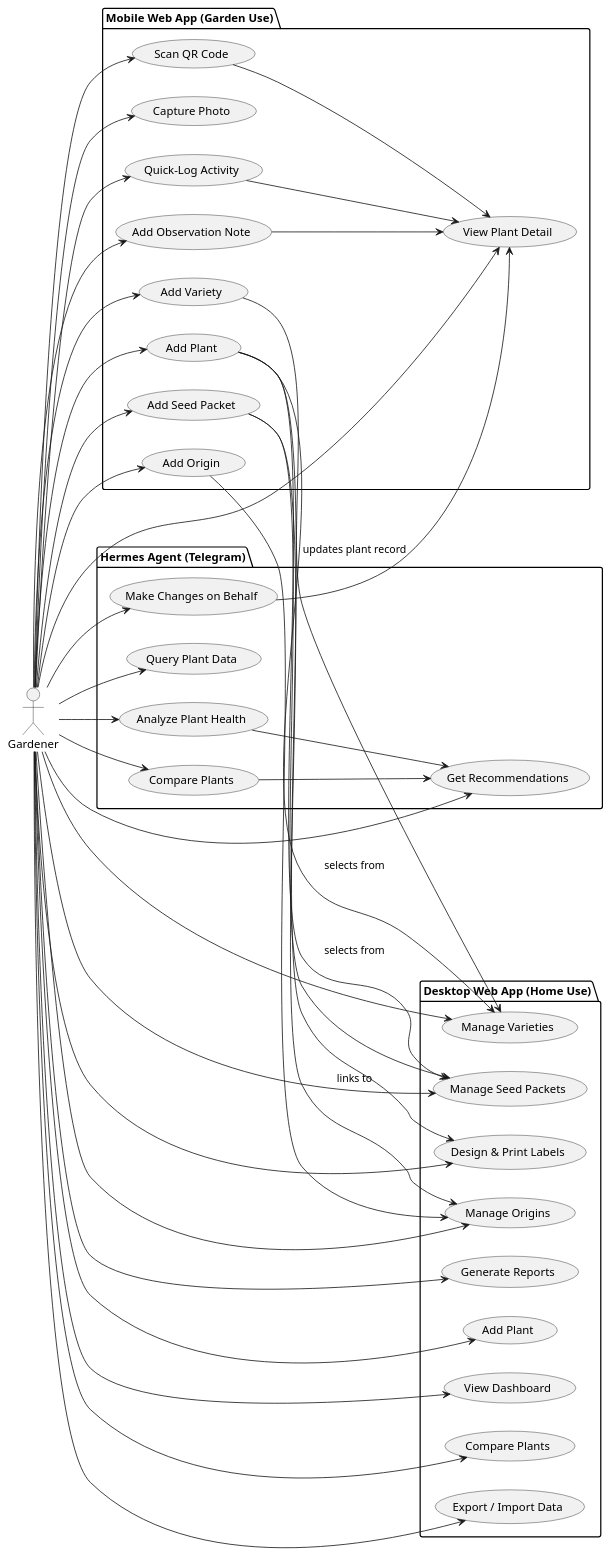
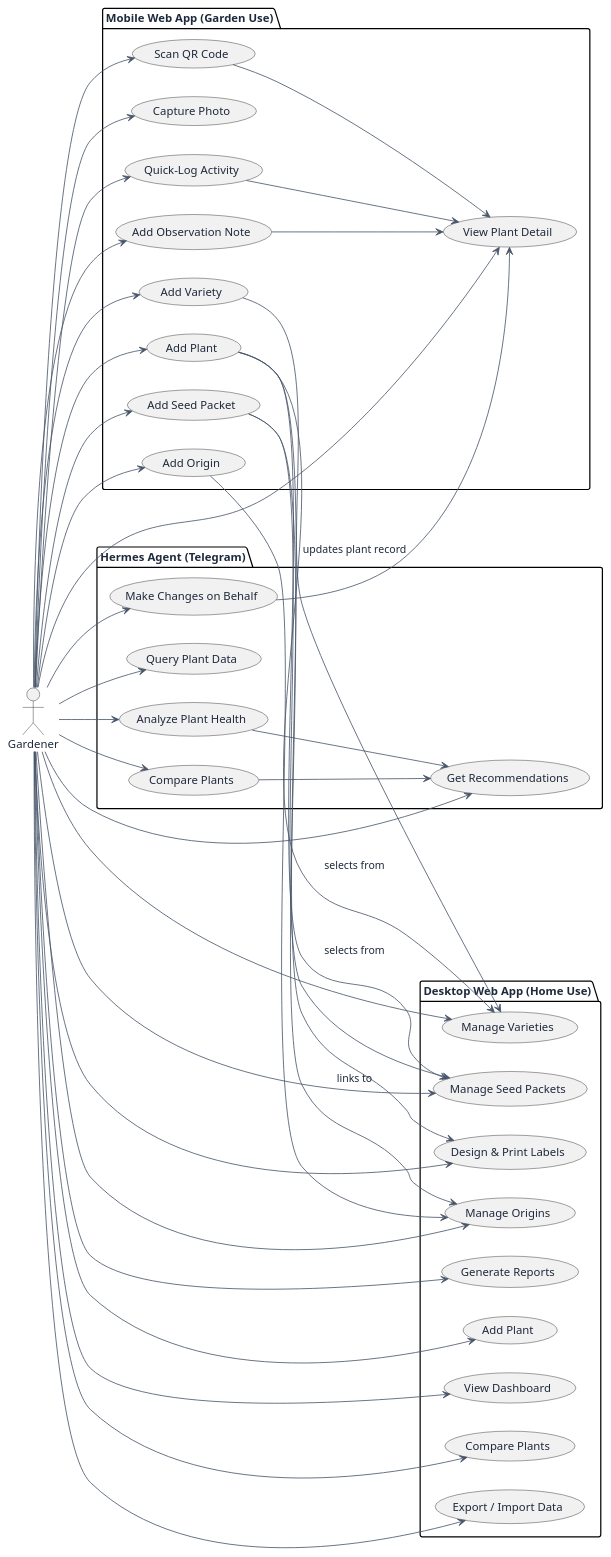
Before and after one commit to geraldthewes/plant-tracking: the diagram in knowledge/ui-design/04-use-cases.puml, drawn with PlantUML. The commit also changed 11 other files, not shown here.

First line of the commit message:
fix: improve text contrast in all PlantUML UI diagrams

```diff
--- a/knowledge/ui-design/04-use-cases.puml
+++ b/knowledge/ui-design/04-use-cases.puml
@@ -1,74 +1,77 @@
 @startuml
+skinparam defaultFontColor #1e293b
+skinparam arrowColor #475569
+skinparam shadowing false
 left to right direction
 actor Gardener as g
 
 package "Mobile Web App (Garden Use)" {
   usecase (Scan QR Code) as uc_scan
   usecase (Capture Photo) as uc_photo
   usecase (Quick-Log Activity) as uc_quicklog
   usecase (View Plant Detail) as uc_detail
   usecase (Add Observation Note) as uc_note
   usecase (Add Plant) as uc_addplant
   usecase (Add Variety) as uc_addvariety
   usecase (Add Seed Packet) as uc_addpacket
   usecase (Add Origin) as uc_addorigin
 }
 
 package "Desktop Web App (Home Use)" {
   usecase (Manage Varieties) as uc_varieties
   usecase (Manage Seed Packets) as uc_packets
   usecase (Manage Origins) as uc_origins
   usecase (Add Plant) as uc_create
   usecase (Design & Print Labels) as uc_label
   usecase (View Dashboard) as uc_dashboard
   usecase (Compare Plants) as uc_compare
   usecase (Export / Import Data) as uc_data
   usecase (Generate Reports) as uc_report
 }
 
 package "Hermes Agent (Telegram)" {
   usecase (Query Plant Data) as uc_query
   usecase (Analyze Plant Health) as uc_analyze
   usecase (Compare Plants) as uc_hcompare
   usecase (Get Recommendations) as uc_recommend
   usecase (Make Changes on Behalf) as uc_change
 }
 
 g --> uc_scan
 g --> uc_photo
 g --> uc_quicklog
 g --> uc_detail
 g --> uc_note
 g --> uc_addplant
 g --> uc_addvariety
 g --> uc_addpacket
 g --> uc_addorigin
 g --> uc_varieties
 g --> uc_packets
 g --> uc_origins
 g --> uc_create
 g --> uc_label
 g --> uc_dashboard
 g --> uc_compare
 g --> uc_data
 g --> uc_report
 g --> uc_query
 g --> uc_analyze
 g --> uc_hcompare
 g --> uc_recommend
 g --> uc_change
 
 uc_scan --> uc_detail
 uc_quicklog --> uc_detail
 uc_addplant --> uc_varieties : selects from
 uc_addplant --> uc_packets : selects from
 uc_addplant --> uc_label
 uc_addvariety --> uc_varieties
 uc_addpacket --> uc_packets
 uc_addpacket --> uc_origins : links to
 uc_addorigin --> uc_origins
 uc_analyze --> uc_recommend
 uc_hcompare --> uc_recommend
 uc_change --> uc_detail : updates plant record
 uc_note --> uc_detail
 @enduml
```
